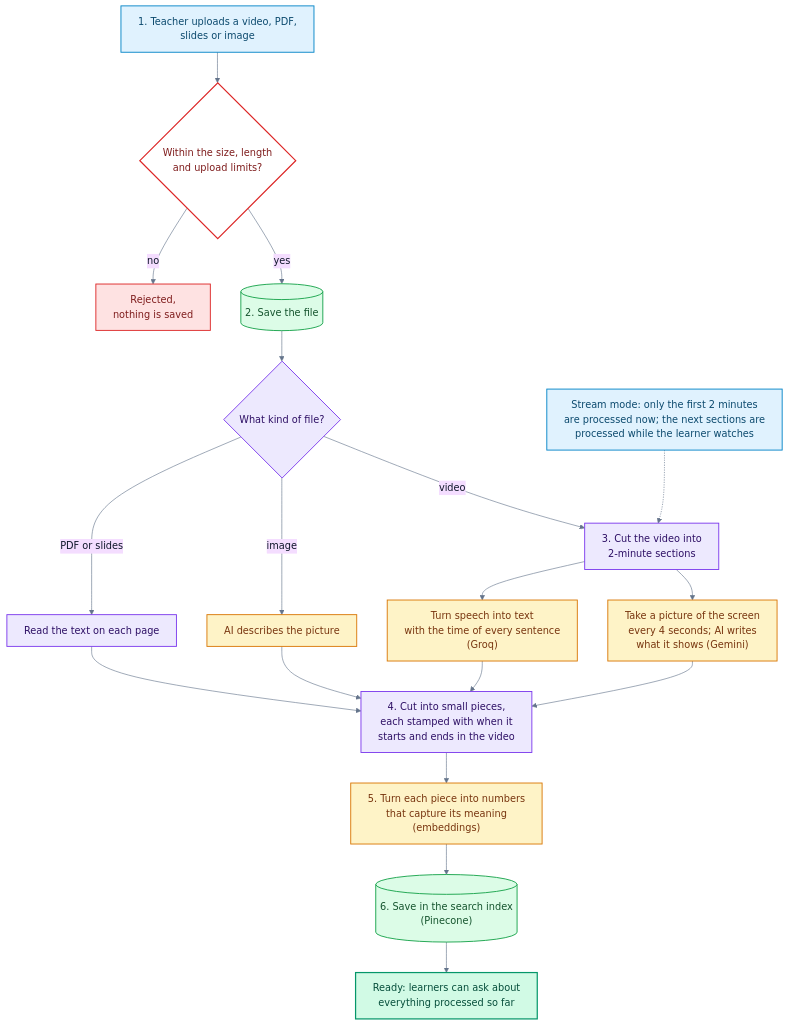
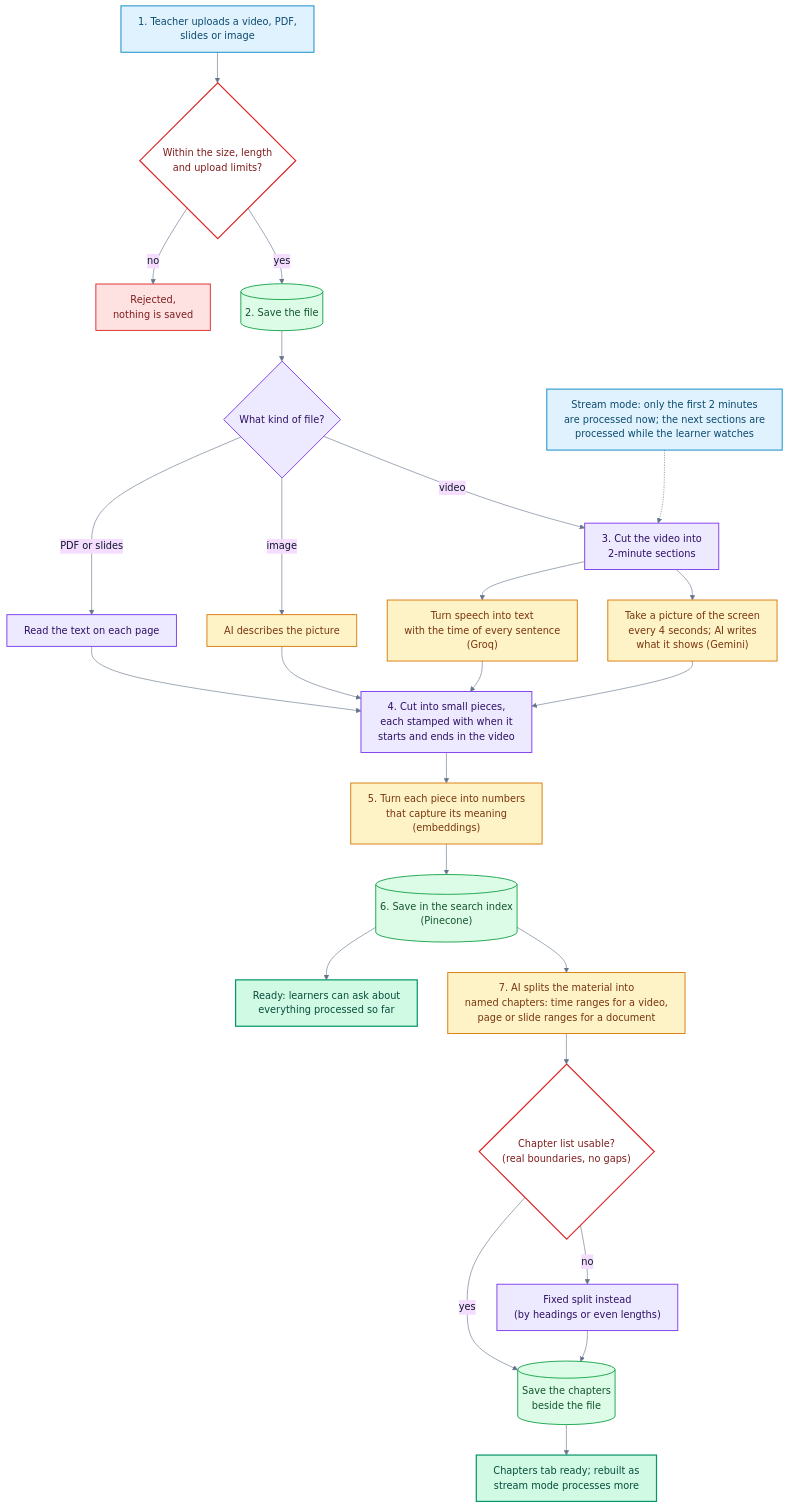
The diagram in submission/diagrams/src/2-ingest-pipeline.mmd (Nanu69-batman/ailearn), drawn with Mermaid before and after one commit. The commit also changed 8 other files, not shown here.

Commit message:
docs(submission): diagrams for chapters, general and streamed answers, quizzes from any chat, the two-window lesson page

```diff
--- a/submission/diagrams/src/2-ingest-pipeline.mmd
+++ b/submission/diagrams/src/2-ingest-pipeline.mmd
@@ -1,27 +1,33 @@
 %%{init: {"theme": "base", "fontFamily": "Arial, Helvetica, sans-serif", "themeVariables": {"fontSize": "16px", "fontFamily": "Arial, Helvetica, sans-serif", "lineColor": "#64748b", "primaryTextColor": "#0f172a"}, "flowchart": {"curve": "basis", "padding": 14, "wrappingWidth": 340}}}%%
 flowchart TD
   UP["1. Teacher uploads a video, PDF,<br/>slides or image"]:::person --> CAP{"Within the size, length<br/>and upload limits?"}:::check
   CAP -->|"no"| REJ["Rejected,<br/>nothing is saved"]:::stop
   CAP -->|"yes"| SAVE[("2. Save the file")]:::store
   SAVE --> KIND{"What kind of file?"}:::server
   KIND -->|"PDF or slides"| DOC["Read the text on each page"]:::server
   KIND -->|"image"| IMG["AI describes the picture"]:::ai
   KIND -->|"video"| WIN["3. Cut the video into<br/>2-minute sections"]:::server
   WIN --> T["Turn speech into text<br/>with the time of every sentence<br/>(Groq)"]:::ai
   WIN --> V["Take a picture of the screen<br/>every 4 seconds; AI writes<br/>what it shows (Gemini)"]:::ai
   T --> CH["4. Cut into small pieces,<br/>each stamped with when it<br/>starts and ends in the video"]:::server
   V --> CH
   DOC --> CH
   IMG --> CH
   CH --> EMB["5. Turn each piece into numbers<br/>that capture its meaning<br/>(embeddings)"]:::ai
   EMB --> IDX[("6. Save in the search index<br/>(Pinecone)")]:::store
   IDX --> READY["Ready: learners can ask about<br/>everything processed so far"]:::good
+  IDX --> CHAP["7. AI splits the material into<br/>named chapters: time ranges for a video,<br/>page or slide ranges for a document"]:::ai
+  CHAP --> CHOK{"Chapter list usable?<br/>(real boundaries, no gaps)"}:::check
+  CHOK -->|"yes"| CHS[("Save the chapters<br/>beside the file")]:::store
+  CHOK -->|"no"| CHF["Fixed split instead<br/>(by headings or even lengths)"]:::server
+  CHF --> CHS
+  CHS --> CHR["Chapters tab ready; rebuilt as<br/>stream mode processes more"]:::good
   STREAM["Stream mode: only the first 2 minutes<br/>are processed now; the next sections are<br/>processed while the learner watches"]:::person -.-> WIN
 
   classDef person fill:#e0f2fe,stroke:#0284c7,color:#0c4a6e,stroke-width:1.5px
   classDef server fill:#ede9fe,stroke:#7c3aed,color:#2e1065,stroke-width:1.5px
   classDef ai fill:#fef3c7,stroke:#d97706,color:#78350f,stroke-width:1.5px
   classDef store fill:#dcfce7,stroke:#16a34a,color:#14532d,stroke-width:1.5px
   classDef check fill:#ffffff,stroke:#dc2626,color:#7f1d1d,stroke-width:2px
   classDef good fill:#d1fae5,stroke:#059669,color:#064e3b,stroke-width:2px
   classDef stop fill:#fee2e2,stroke:#dc2626,color:#7f1d1d,stroke-width:1.5px
```
